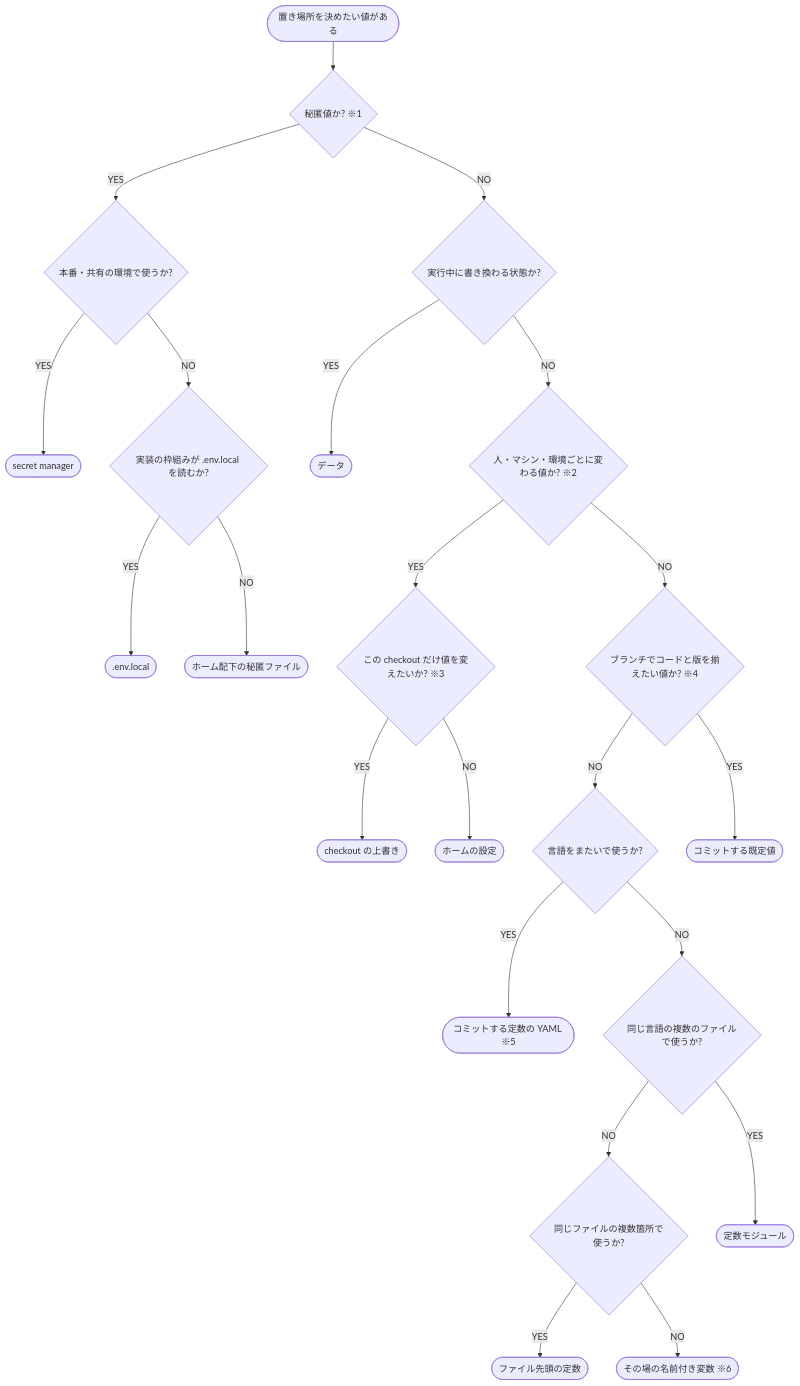
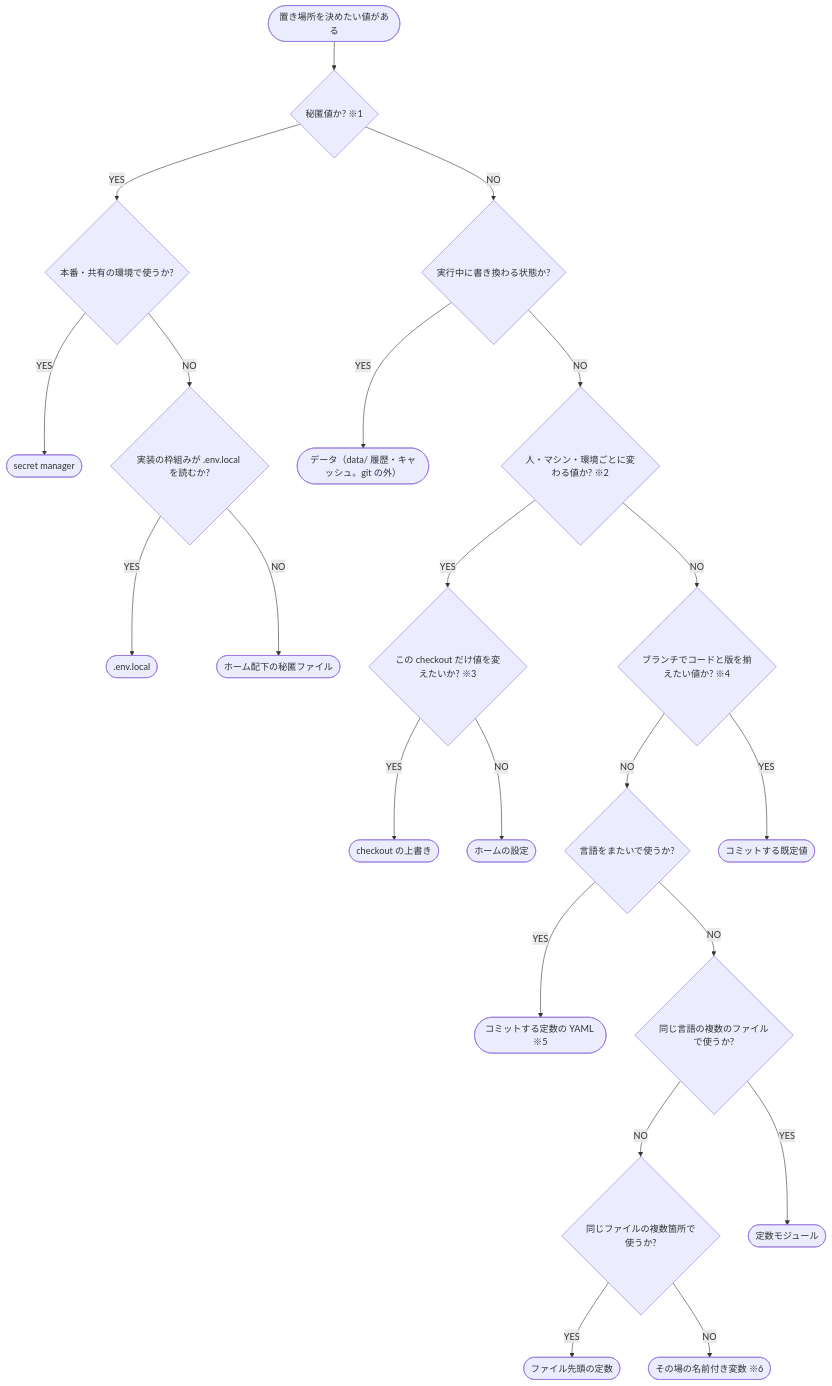
The diagram in dev/判定フローチャート/設定値の置き場所.md (shuhei1101/knowledge), drawn with Mermaid before and after one commit. The commit also changed other lines of this file and 150 other files, not shown here.

````diff
--- a/dev/判定フローチャート/設定値の置き場所.md
+++ b/dev/判定フローチャート/設定値の置き場所.md
@@ -7,48 +7,48 @@
 ```mermaid
 flowchart TD
   START([置き場所を決めたい値がある])
   Q0{秘匿値か? ※1}
   Q1{本番・共有の環境で使うか?}
   Q2{実装の枠組みが .env.local を読むか?}
   Q3{実行中に書き換わる状態か?}
   Q4{人・マシン・環境ごとに変わる値か? ※2}
   Q5{この checkout だけ値を変えたいか? ※3}
   Q6{ブランチでコードと版を揃えたい値か? ※4}
   Q7{言語をまたいで使うか?}
   Q8{同じ言語の複数のファイルで使うか?}
   Q9{同じファイルの複数箇所で使うか?}
 
   R1([secret manager])
   R2([ホーム配下の秘匿ファイル])
   R3([.env.local])
-  R4([データ])
+  R4([データ（data/ 履歴・キャッシュ。git の外）])
   R5([ホームの設定])
   R6([checkout の上書き])
   R7([コミットする既定値])
   R8([コミットする定数の YAML ※5])
   R9([定数モジュール])
   R10([ファイル先頭の定数])
   R11([その場の名前付き変数 ※6])
 
   START --> Q0
   Q0 -->|YES| Q1
   Q0 -->|NO| Q3
   Q1 -->|YES| R1
   Q1 -->|NO| Q2
   Q2 -->|YES| R3
   Q2 -->|NO| R2
   Q3 -->|YES| R4
   Q3 -->|NO| Q4
   Q4 -->|YES| Q5
   Q4 -->|NO| Q6
   Q5 -->|YES| R6
   Q5 -->|NO| R5
   Q6 -->|NO| Q7
   Q6 -->|YES| R7
   Q7 -->|YES| R8
   Q7 -->|NO| Q8
   Q8 -->|NO| Q9
   Q8 -->|YES| R9
   Q9 -->|YES| R10
   Q9 -->|NO| R11
 ```
````
